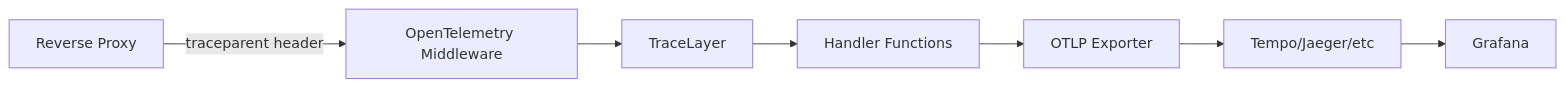
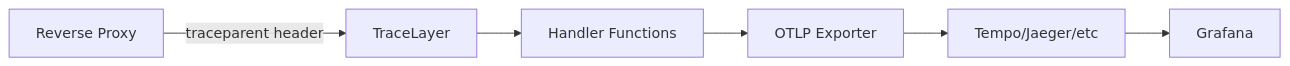
The diagram in docs/code/observability.md (dasch-swiss/dsp-meta), drawn with Mermaid before and after one commit. The commit also changed other lines of this file and 10 other files, not shown here.

````diff
--- a/docs/code/observability.md
+++ b/docs/code/observability.md
@@ -16,9 +16,8 @@
 ```mermaid
 graph LR
-    A[Reverse Proxy] -->|traceparent header| B[OpenTelemetry Middleware]
-    B --> C[TraceLayer]
-    C --> D[Handler Functions]
-    D --> E[OTLP Exporter]
-    E --> F[Tempo/Jaeger/etc]
-    F --> G[Grafana]
+    A[Reverse Proxy] -->|traceparent header| B[TraceLayer]
+    B --> C[Handler Functions]
+    C --> D[OTLP Exporter]
+    D --> E[Tempo/Jaeger/etc]
+    E --> F[Grafana]
 ```
````
